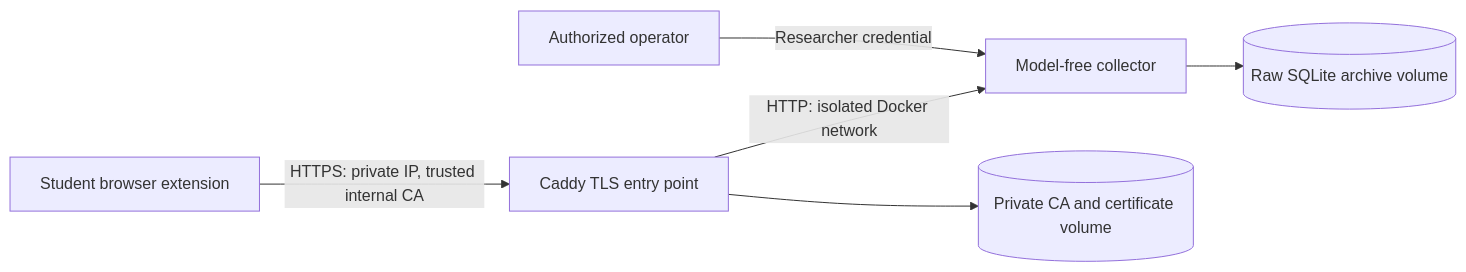
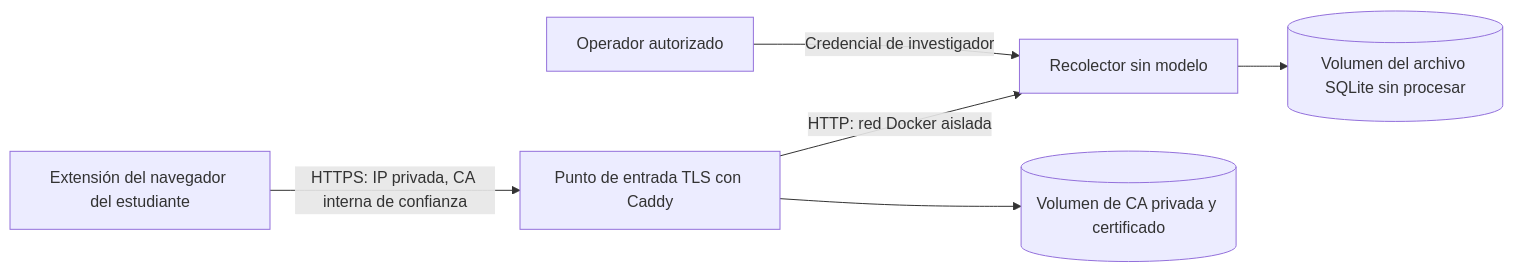
Before and after one commit to StivenJM/contextual-pii-anonymizer: the diagram in docs/guides/research-campus-deployment.md, drawn with Mermaid. The commit also changed other lines of this file and 7 other files, not shown here.

````diff
--- a/docs/guides/research-campus-deployment.md
+++ b/docs/guides/research-campus-deployment.md
@@ -9,8 +9,8 @@
 ```mermaid
 flowchart LR
-    S[Student browser extension] -->|HTTPS: private IP, trusted internal CA| P[Caddy TLS entry point]
-    P -->|HTTP: isolated Docker network| A[Model-free collector]
-    A --> V[(Raw SQLite archive volume)]
-    P --> C[(Private CA and certificate volume)]
-    O[Authorized operator] -->|Researcher credential| A
+    S[Extensión del navegador del estudiante] -->|HTTPS: IP privada, CA interna de confianza| P[Punto de entrada TLS con Caddy]
+    P -->|HTTP: red Docker aislada| A[Recolector sin modelo]
+    A --> V[(Volumen del archivo SQLite sin procesar)]
+    P --> C[(Volumen de CA privada y certificado)]
+    O[Operador autorizado] -->|Credencial de investigador| A
 ```
````
